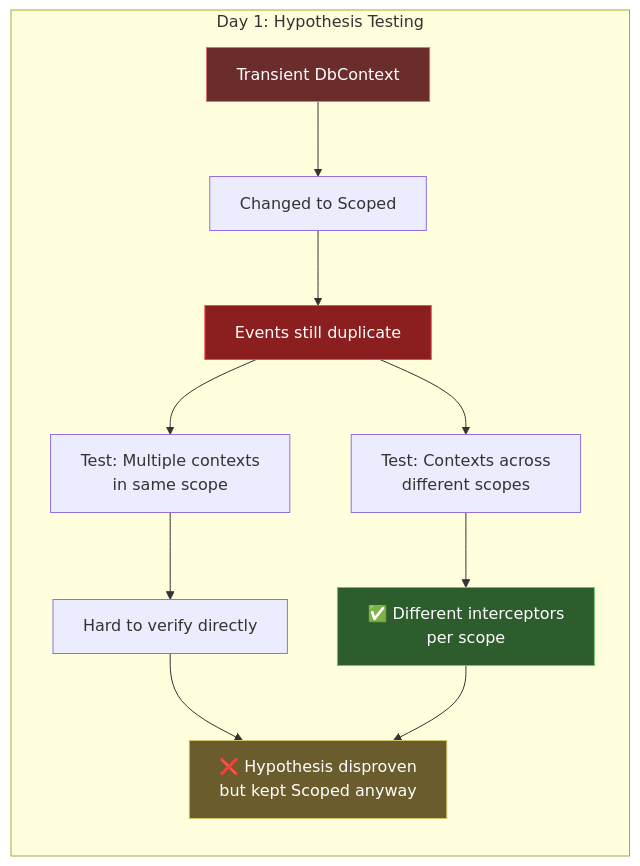
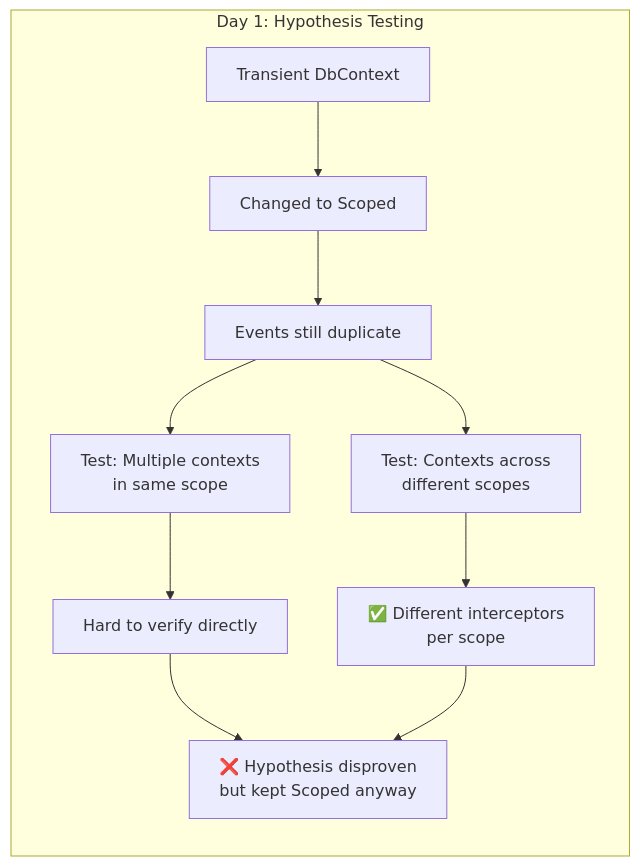
The first of 7 diagrams in astro-portfolio/src/data/blog/_2025/debugging-duplicate-event-processing.md (harveylx/portfolio-website), drawn with Mermaid before and after one commit. The commit also changed other lines of this file and 2 other files, not shown here.

Commit message:
Update theme handling for mermaid diagrams and clean up styles in blog post

````diff
--- a/astro-portfolio/src/data/blog/_2025/debugging-duplicate-event-processing.md
+++ b/astro-portfolio/src/data/blog/_2025/debugging-duplicate-event-processing.md
@@ -110,27 +110,22 @@
 ```mermaid
 graph LR
     subgraph "Day 1: Hypothesis Testing"
         Before[Transient DbContext]
         Change[Changed to Scoped]
         After[Events still duplicate]
         Test1[Test: Multiple contexts<br/>in same scope]
         Test2[Test: Contexts across<br/>different scopes]
         Result1[Hard to verify directly]
         Result2[✅ Different interceptors<br/>per scope]
         Conclusion[❌ Hypothesis disproven<br/>but kept Scoped anyway]
 
         Before --> Change
         Change --> After
         After --> Test1
         After --> Test2
         Test1 --> Result1
         Test2 --> Result2
         Result1 --> Conclusion
         Result2 --> Conclusion
-
-        style Before fill:#6B2C2C,stroke:#D97878,color:#FFF
-        style After fill:#8B1E1E,stroke:#FF4444,color:#FFF
-        style Result2 fill:#2D5C2D,stroke:#6BC66B,color:#FFF
-        style Conclusion fill:#6B5C2D,stroke:#D4C46B,color:#FFF
     end
 ```
````
